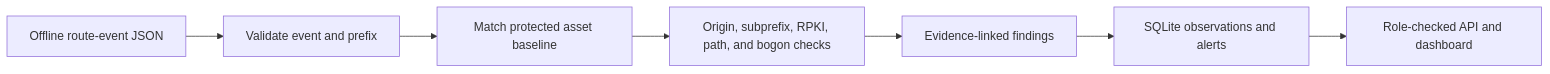
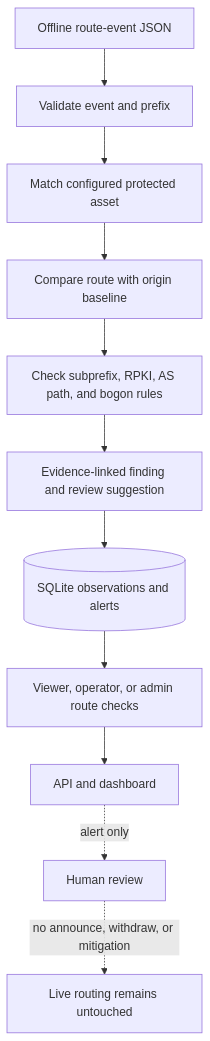
Before and after one commit to nihalmachhi/RouteSentinel: the diagram in README.md, drawn with Mermaid.

Commit message:
docs: expand README architecture diagram

````diff
--- a/README.md
+++ b/README.md
@@ -23,9 +23,13 @@
 ```mermaid
-flowchart LR
+flowchart TD
   A[Offline route-event JSON] --> B[Validate event and prefix]
-  B --> C[Match protected asset baseline]
-  C --> D[Origin, subprefix, RPKI, path, and bogon checks]
-  D --> E[Evidence-linked findings]
-  E --> F[SQLite observations and alerts]
-  F --> G[Role-checked API and dashboard]
+  B --> C[Match configured protected asset]
+  C --> D[Compare route with origin baseline]
+  D --> E[Check subprefix, RPKI, AS path, and bogon rules]
+  E --> F[Evidence-linked finding and review suggestion]
+  F --> G[(SQLite observations and alerts)]
+  G --> H[Viewer, operator, or admin route checks]
+  H --> I[API and dashboard]
+  I -. alert only .-> J[Human review]
+  J -. no announce, withdraw, or mitigation .-> K[Live routing remains untouched]
 ```
````
